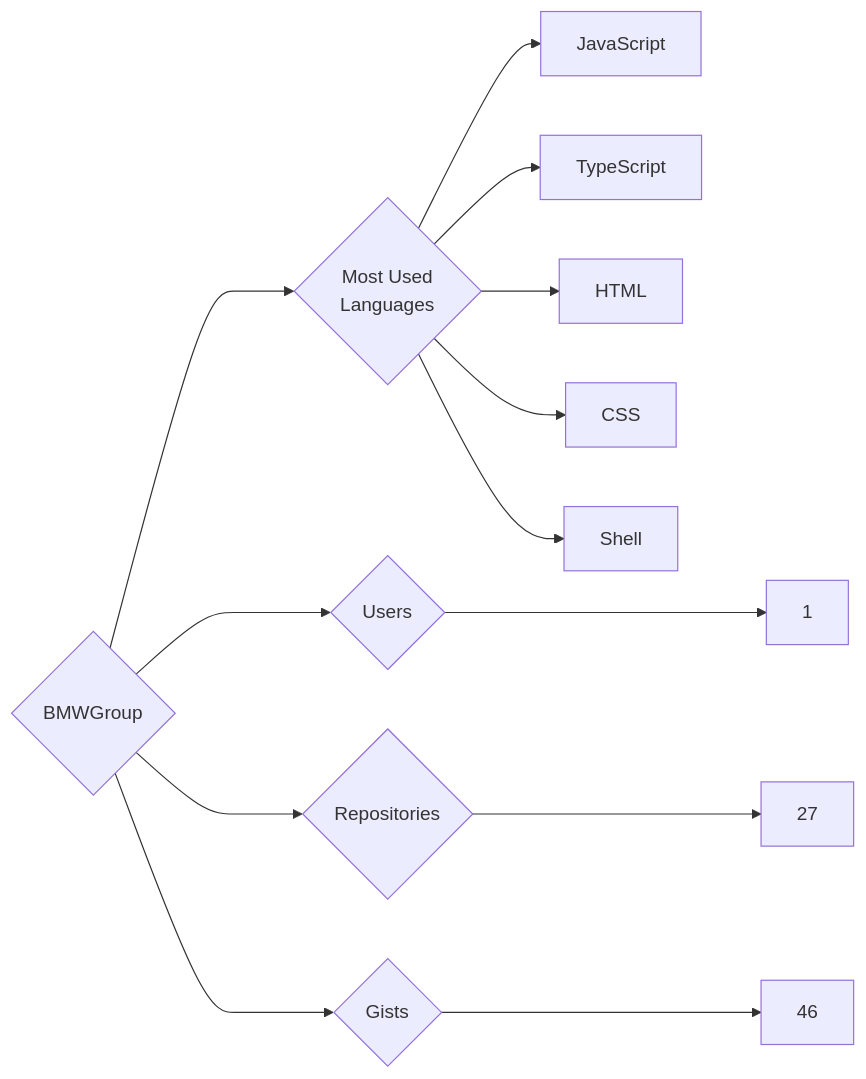
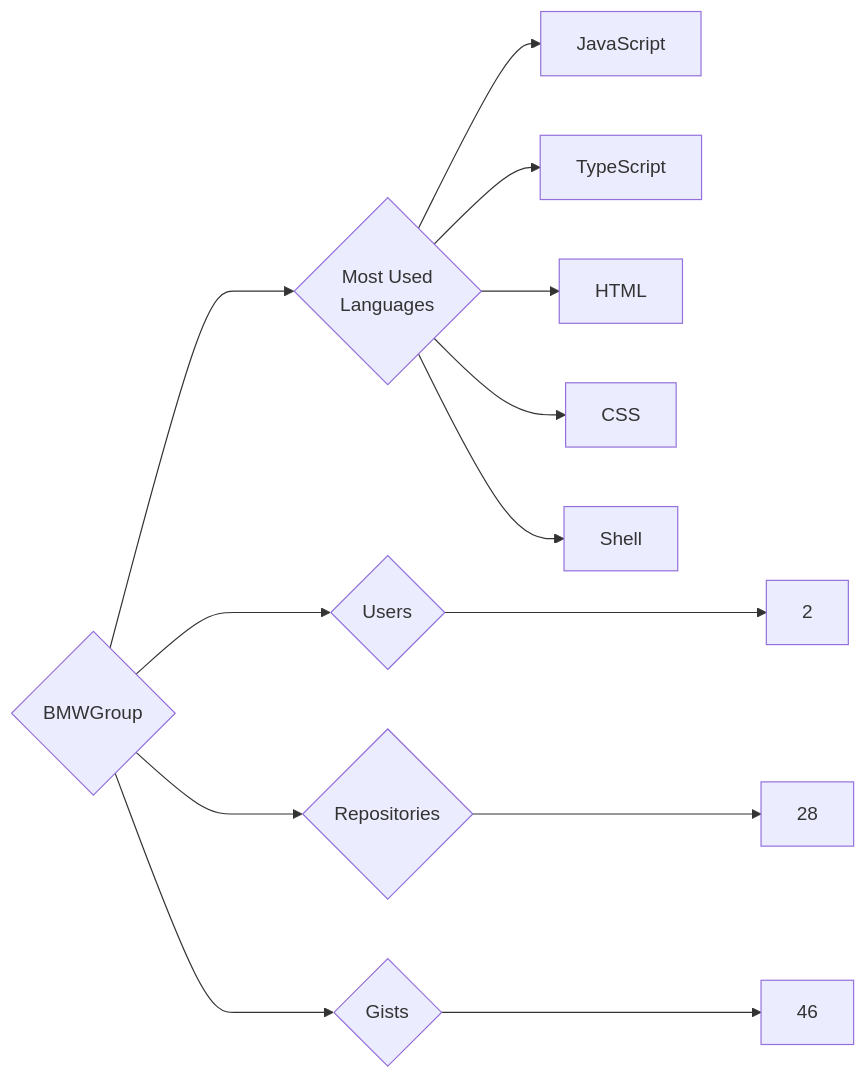
Before and after one commit to trickest/insiders: the diagram in targets/BMWGroup/README.md, drawn with Mermaid. The commit also changed 1055 other files, not shown here.

````diff
--- a/targets/BMWGroup/README.md
+++ b/targets/BMWGroup/README.md
@@ -3,13 +3,13 @@
 ```mermaid
 graph LR
 COMPANY_NAME{BMWGroup}
-COMPANY_NAME ---> U{Users} ---> UN[1]
-COMPANY_NAME ---> R{Repositories} ---> RN[27]
+COMPANY_NAME ---> U{Users} ---> UN[2]
+COMPANY_NAME ---> R{Repositories} ---> RN[28]
 COMPANY_NAME ---> G{Gists} ---> GN[46]
 COMPANY_NAME ---> ML{Most Used<br>Languages}
 ML --> JavaScript[JavaScript]
 ML --> TypeScript[TypeScript]
 ML --> HTML[HTML]
 ML --> CSS[CSS]
 ML --> Shell[Shell]
 ```
````
